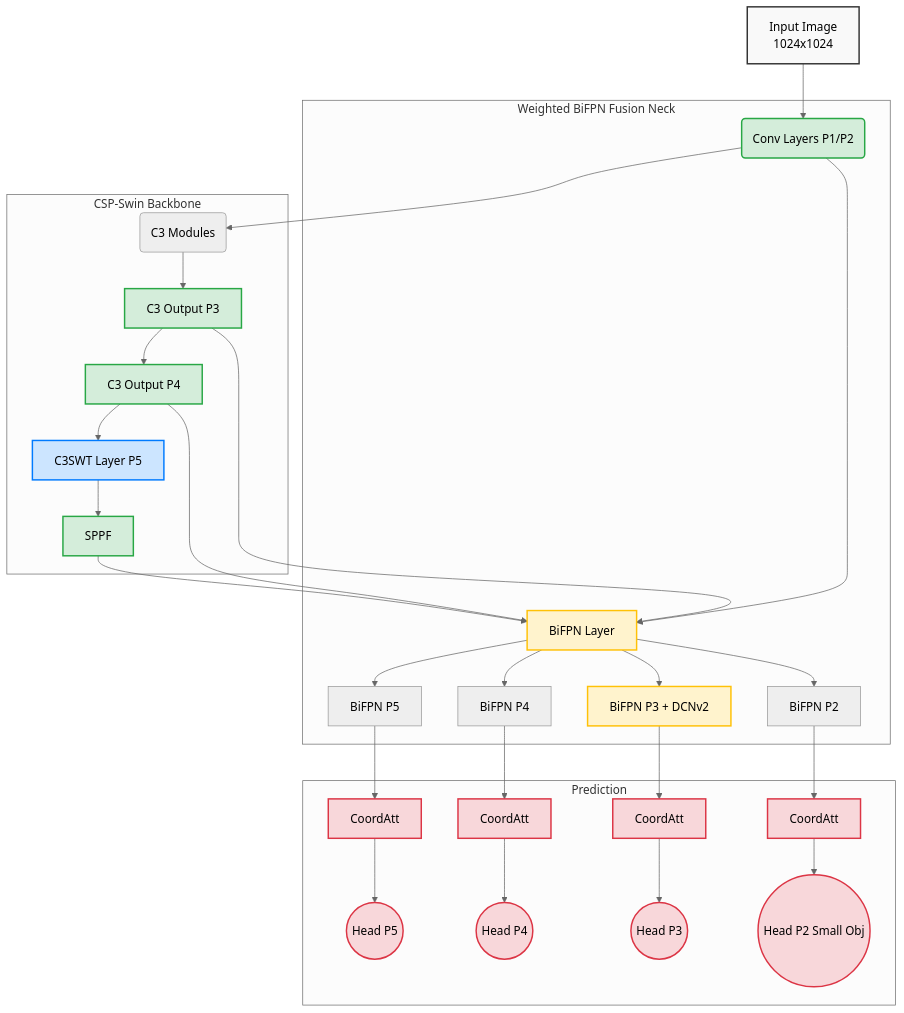
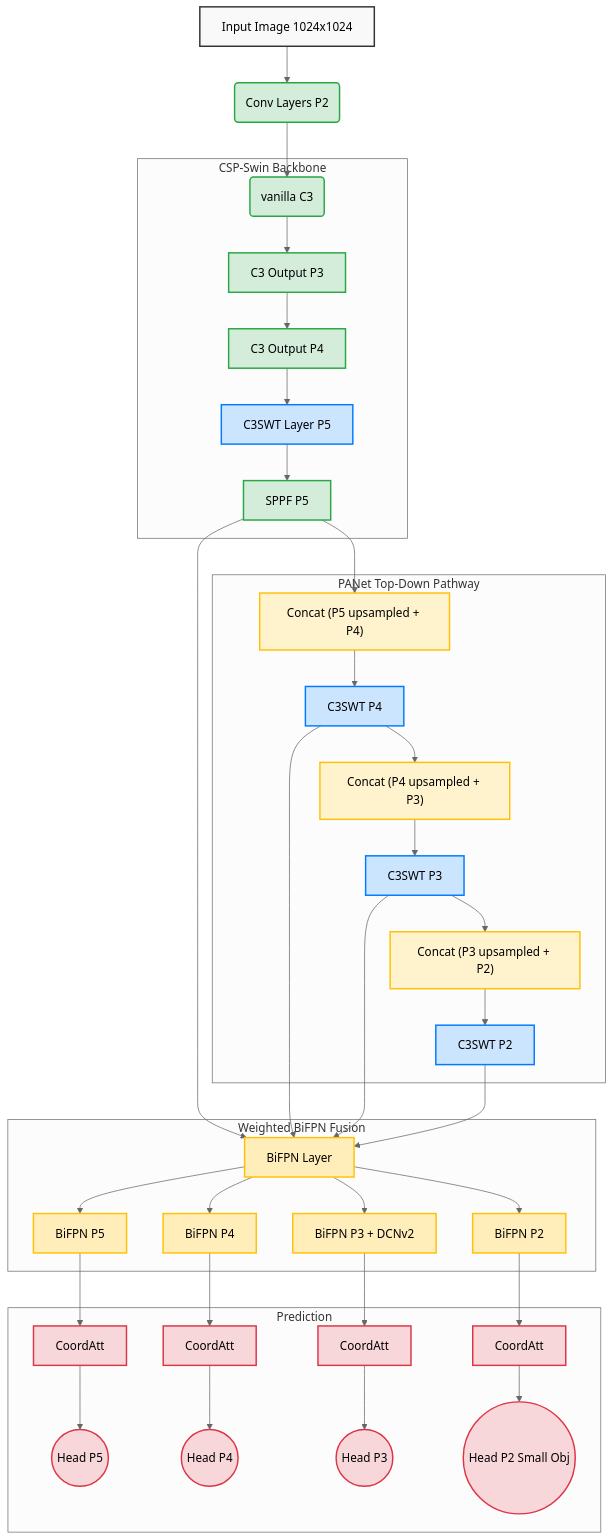
The diagram in README.md (Aditya3815/SwinYOLO), drawn with Mermaid (neutral theme) before and after one commit. The commit also changed other lines of this file, not shown here.

Commit message:
Update README with modifications and clarifications

````diff
--- a/README.md
+++ b/README.md
@@ -29,37 +29,49 @@
 ```mermaid
 graph TD
     classDef input fill:#f9f9f9,stroke:#333,stroke-width:2px,color:#000;
     classDef backbone fill:#d4edda,stroke:#28a745,stroke-width:2px,color:#000;
     classDef swin fill:#cce5ff,stroke:#007bff,stroke-width:2px,color:#000;
     classDef neck fill:#fff3cd,stroke:#ffc107,stroke-width:2px,color:#000;
+    classDef bifpn fill:#ffeeba,stroke:#ffc107,stroke-width:2px,color:#000;
     classDef head fill:#f8d7da,stroke:#dc3545,stroke-width:2px,color:#000;
     
-    A[Input Image<br/>1024x1024]:::input --> B(Conv Layers P1/P2):::backbone
-    B --> C(C3 Modules)
+    A["Input Image 1024x1024"]:::input --> B("Conv Layers P2"):::backbone
+    B --> C("vanilla C3"):::backbone
     
     subgraph CSP-Swin Backbone
-        C --> D[C3 Output P3]:::backbone
-        D --> E[C3 Output P4]:::backbone
-        E --> F[C3SWT Layer P5]:::swin
-        F --> G[SPPF]:::backbone
+        C --> D["C3 Output P3"]:::backbone
+        D --> E["C3 Output P4"]:::backbone
+        E --> F["C3SWT Layer P5"]:::swin
+        F --> G["SPPF P5"]:::backbone
     end
     
-    subgraph Weighted BiFPN Fusion Neck
-        G --> H1[BiFPN Layer]:::neck
-        E --> H1
-        D --> H1
-        B --> H1
+    subgraph PANet Top-Down Pathway
+        G --> P4_TD["Concat (P5 upsampled + P4)"]:::neck
+        P4_TD --> P4_SW["C3SWT P4"]:::swin
         
-        H1 --> N1[BiFPN P5]
-        H1 --> N2[BiFPN P4]
-        H1 --> N3[BiFPN P3 + DCNv2]:::neck
-        H1 --> N4[BiFPN P2]
+        P4_SW --> P3_TD["Concat (P4 upsampled + P3)"]:::neck
+        P3_TD --> P3_SW["C3SWT P3"]:::swin
+        
+        P3_SW --> P2_TD["Concat (P3 upsampled + P2)"]:::neck
+        P2_TD --> P2_SW["C3SWT P2"]:::swin
+    end
+    
+    subgraph Weighted BiFPN Fusion
+        G --> H1["BiFPN Layer"]:::bifpn
+        P4_SW --> H1
+        P3_SW --> H1
+        P2_SW --> H1
+        
+        H1 --> N1["BiFPN P5"]:::bifpn
+        H1 --> N2["BiFPN P4"]:::bifpn
+        H1 --> N3["BiFPN P3 + DCNv2"]:::bifpn
+        H1 --> N4["BiFPN P2"]:::bifpn
     end
     
     subgraph Prediction
-        N1 --> CA1[CoordAtt]:::head --> HD1((Head P5)):::head
-        N2 --> CA2[CoordAtt]:::head --> HD2((Head P4)):::head
-        N3 --> CA3[CoordAtt]:::head --> HD3((Head P3)):::head
-        N4 --> CA4[CoordAtt]:::head --> HD4((Head P2 Small Obj)):::head
+        N1 --> CA1["CoordAtt"]:::head --> HD1(("Head P5")):::head
+        N2 --> CA2["CoordAtt"]:::head --> HD2(("Head P4")):::head
+        N3 --> CA3["CoordAtt"]:::head --> HD3(("Head P3")):::head
+        N4 --> CA4["CoordAtt"]:::head --> HD4(("Head P2 Small Obj")):::head
     end
 ```
````
